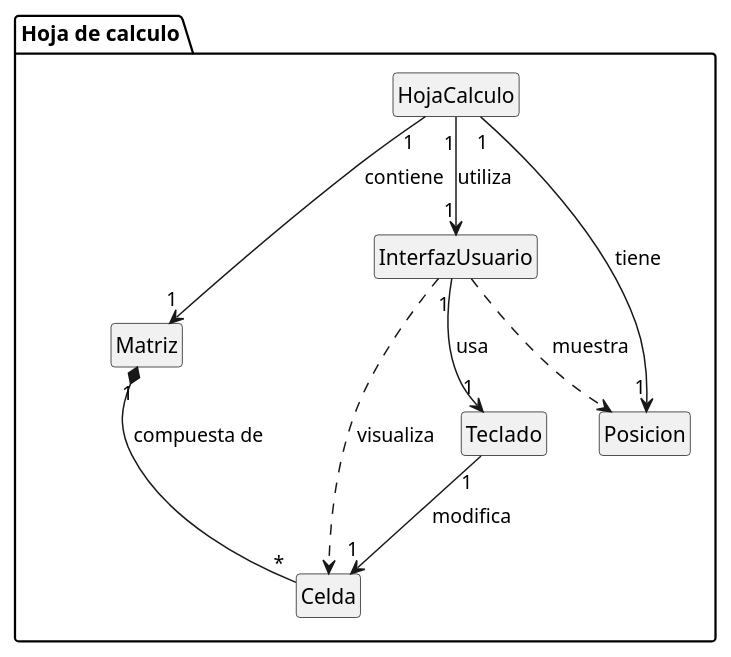
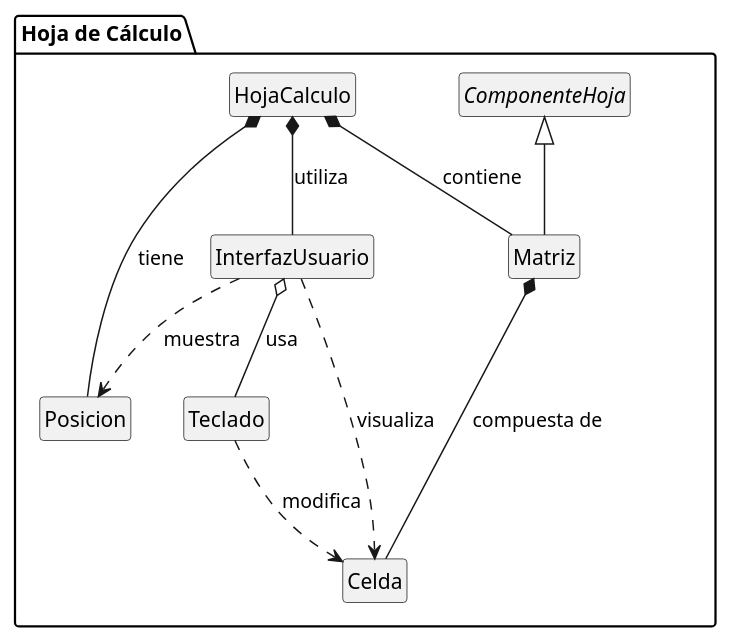
Before and after one commit to oscarsantasanchez/24-25-IdSw2-SDD: the diagram in modelosUML/DiagramaClases.puml, drawn with PlantUML. The commit also changed 1 other file, not shown here.

Commit message:
Actualiza el diagrama de clases para incluir la clase abstracta ComponenteHoja y mejorar la relación entre las clases en el paquete "Hoja de Cálculo".

```diff
--- a/modelosUML/DiagramaClases.puml
+++ b/modelosUML/DiagramaClases.puml
@@ -1,40 +1,24 @@
 @startuml
+hide circles
+hide empty members
 
-    hide circles
-    hide empty members
-
-    package "Hoja de calculo"{
-
-    class HojaCalculo {
-
-    }
-    
-    class Matriz {
-    }
-
-    class Celda {
-
-    }
-
-    class Posicion {
-
-    }
-
-    class InterfazUsuario {
-
-    }
-    
-    class Teclado {
-
-    }
-
-    HojaCalculo "1" --> "1" Matriz : contiene
-    HojaCalculo "1" --> "1" Posicion : tiene
-    HojaCalculo "1" --> "1" InterfazUsuario : utiliza
-    Matriz "1" *-- "*" Celda : compuesta de
-    Teclado "1" --> "1" Celda : modifica
-    InterfazUsuario "1" --> "1" Teclado : usa
-    InterfazUsuario ..> Posicion : muestra
-    InterfazUsuario ..> Celda : visualiza
-    }
+package "Hoja de Cálculo" {
+  abstract class ComponenteHoja
+  class Matriz
+  class Celda
+  class Posicion
+  class InterfazUsuario
+  class Teclado
+  class HojaCalculo
+  
+  ComponenteHoja <|-- Matriz
+  HojaCalculo *-- Matriz : contiene
+  HojaCalculo *-- Posicion : tiene
+  HojaCalculo *-- InterfazUsuario : utiliza
+  Matriz *-- Celda : compuesta de
+  InterfazUsuario o-- Teclado : usa
+  InterfazUsuario ..> Celda : visualiza
+  InterfazUsuario ..> Posicion : muestra
+  Teclado ..> Celda : modifica
+}
 @enduml
```
